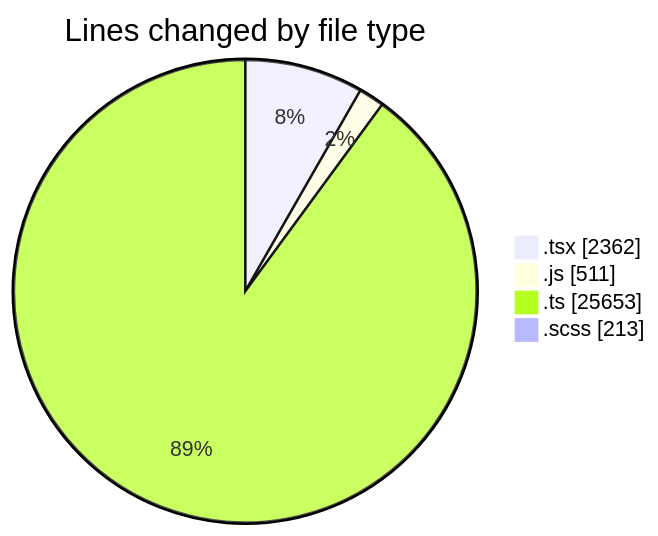
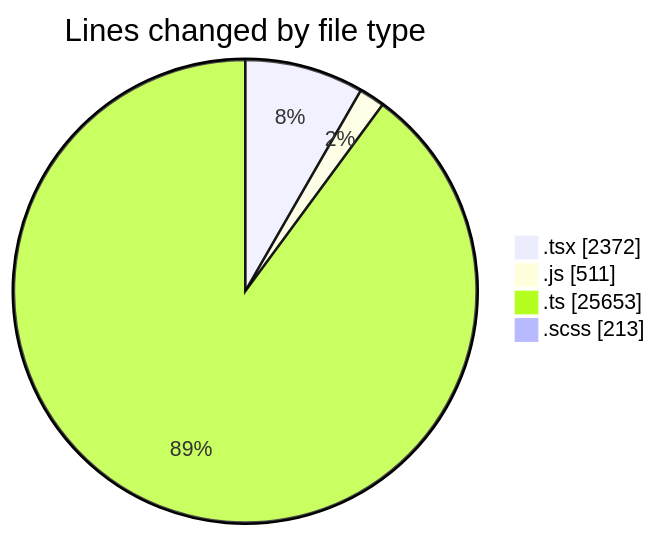
The first of 2 diagrams in 2025-06-30/cda/README.md (momahboobian/code-tracking), drawn with Mermaid before and after one commit. The commit also changed other lines of this file and 1 other file, not shown here.

````diff
--- a/2025-06-30/cda/README.md
+++ b/2025-06-30/cda/README.md
@@ -41,8 +41,8 @@
 ```mermaid
 pie showData
 title Lines changed by file type
-".tsx" : 2362
+".tsx" : 2372
 ".js" : 511
 ".ts" : 25653
 ".scss" : 213
 ```
````
